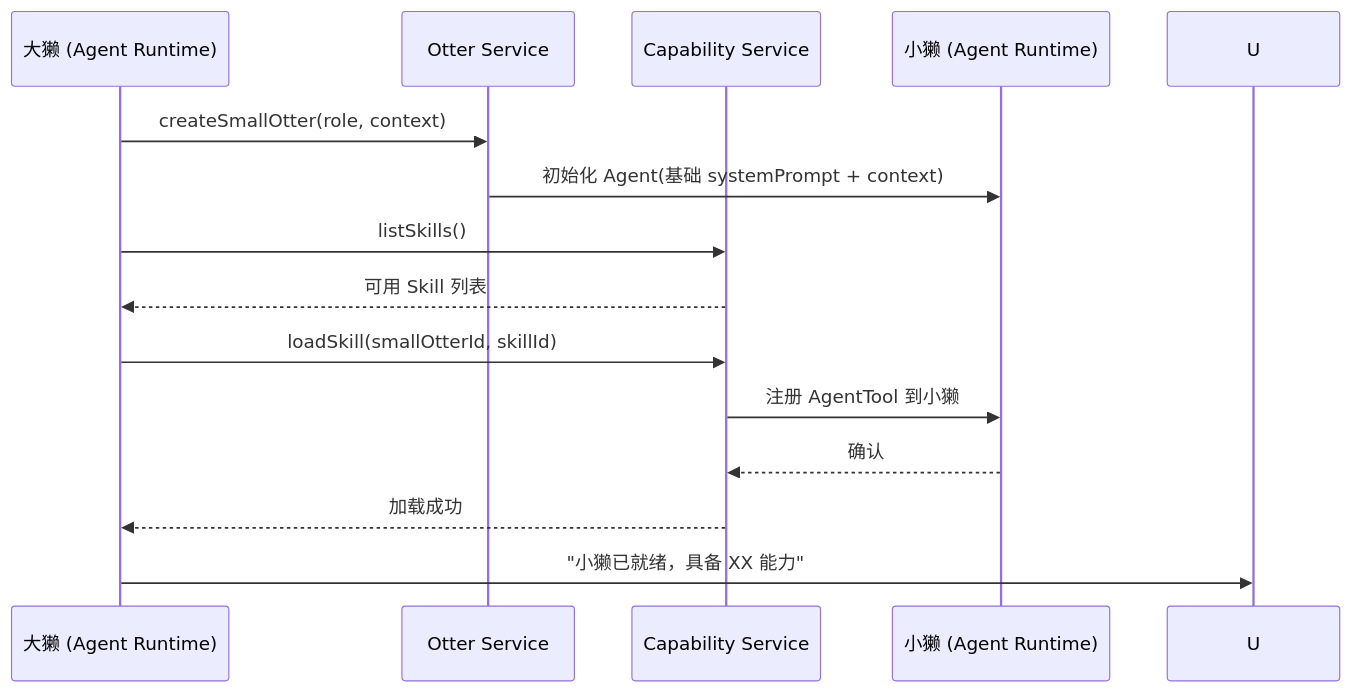
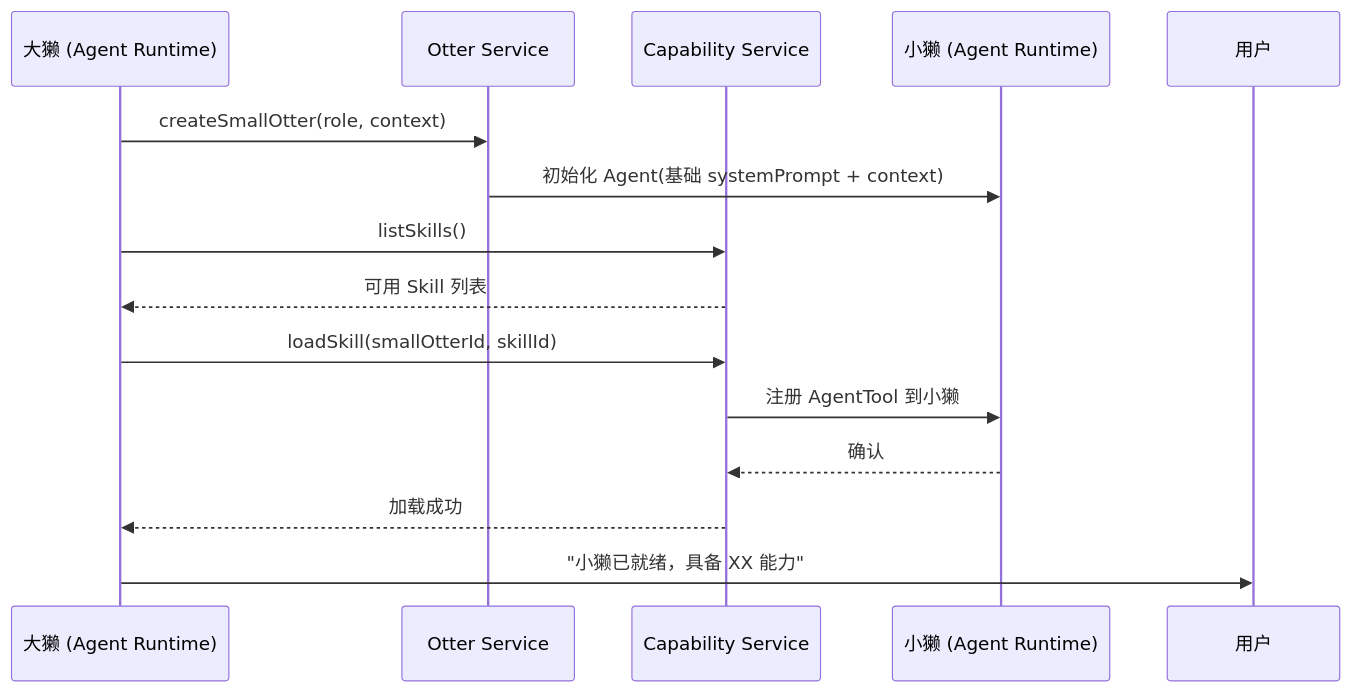
Diagram 15 of 18 in docs/features/2026/07/09/F20260709m2n8-capability-module-architecture.md (chenlaicai/otter-buddy), drawn with Mermaid before and after one commit. The commit also changed other lines of this file, not shown here.

First line of the commit message:
[F20260709m2n8][architecture][Fix] PR 检视修正

````diff
--- a/docs/features/2026/07/09/F20260709m2n8-capability-module-architecture.md
+++ b/docs/features/2026/07/09/F20260709m2n8-capability-module-architecture.md
@@ -567,17 +567,18 @@
 ```mermaid
 sequenceDiagram
     participant AR as 大獭 (Agent Runtime)
     participant OT as Otter Service
     participant CAP as Capability Service
     participant SO as 小獭 (Agent Runtime)
+    participant U as 用户
 
     AR->>OT: createSmallOtter(role, context)
     OT->>SO: 初始化 Agent(基础 systemPrompt + context)
     AR->>CAP: listSkills()
     CAP-->>AR: 可用 Skill 列表
     AR->>CAP: loadSkill(smallOtterId, skillId)
     CAP->>SO: 注册 AgentTool 到小獭
     SO-->>CAP: 确认
     CAP-->>AR: 加载成功
     AR->>U: "小獭已就绪，具备 XX 能力"
 ```
````
